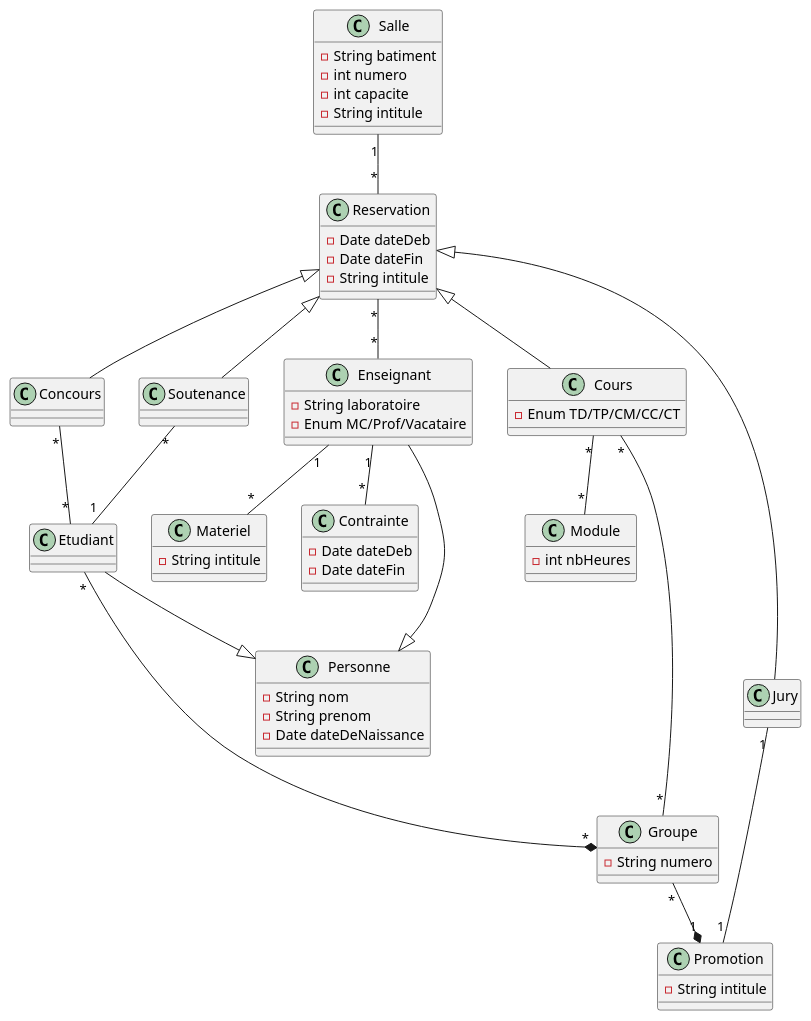
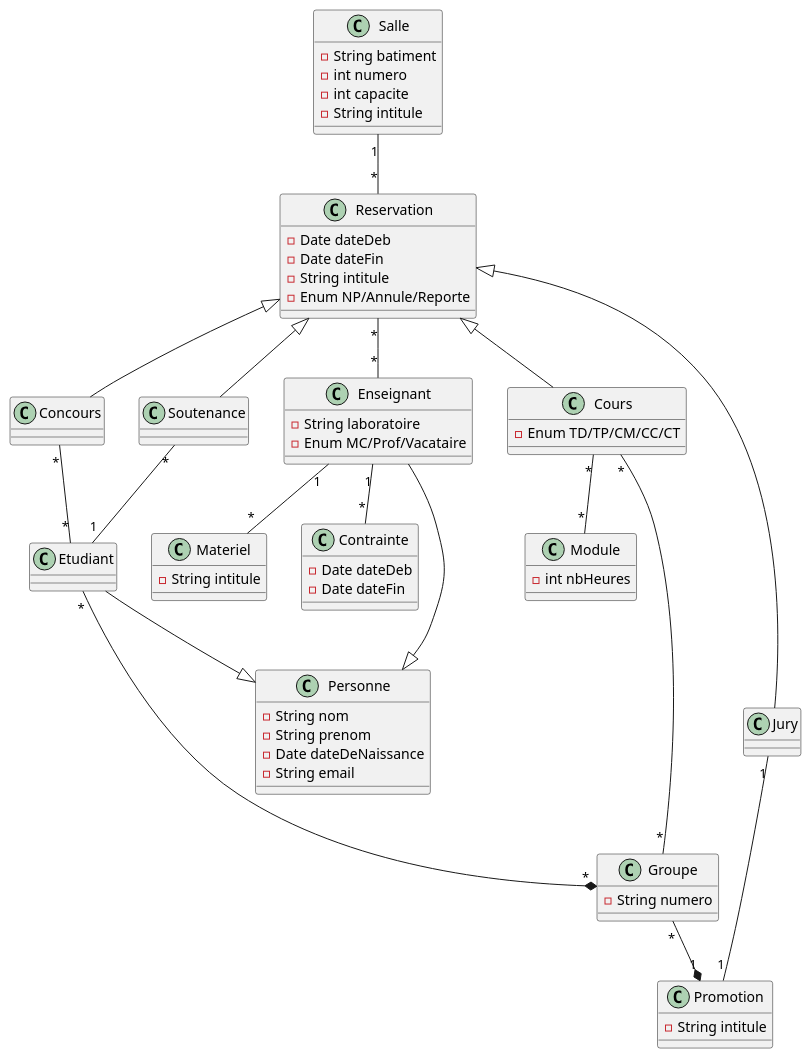
One commit to El-Sashok/UltraPlanning changed the diagram in ClassDiagram.iuml. Above: the diagram before and after it, drawn with PlantUML.

Commit message:
adds fields to Personne, Reservation

```diff
--- a/ClassDiagram.iuml
+++ b/ClassDiagram.iuml
@@ -1,92 +1,94 @@
 @startuml
 
 class Salle {
     -String batiment
     -int numero
     -int capacite
     -String intitule
 }
 
 class Cours {
     -Enum TD/TP/CM/CC/CT
 }
 
 class Personne {
     -String nom
     -String prenom
     -Date dateDeNaissance
+    -String email
 }
 
 class Promotion {
     -String intitule
 }
 
 class Module {
     -int nbHeures
 }
 
 class Materiel {
     -String intitule
 }
 
 class Contrainte {
     -Date dateDeb
     -Date dateFin
 }
 
 class Groupe {
     -String numero
 }
 
 class Etudiant
 
 class Enseignant {
     -String laboratoire
     -Enum MC/Prof/Vacataire
 }
 
 class Reservation {
     -Date dateDeb
     -Date dateFin
     -String intitule
+    -Enum NP/Annule/Reporte
 }
 
 class Jury
 
 class Concours 
 
 Salle "1" -- "*" Reservation
 
 Etudiant "*" --* "*" Groupe
 
 Groupe "*" --* "1" Promotion 
 
 Cours "*" ---- "*" Groupe
 
 Cours "*" -- "*" Module
 
 Enseignant "1" -- "*" Materiel
 
 Enseignant "1" -- "*" Contrainte
 
 Cours -up-|> Reservation
 
 Soutenance -up-|> Reservation
 
 Jury -up-|> Reservation
 
 Concours -up-|> Reservation
 
 Etudiant --|> Personne
 
 Enseignant --|> Personne
 
 Concours "*" -- "*" Etudiant
 
 Reservation "*" -- "*" Enseignant
 
 Jury "1" -- "1" Promotion
 
 Soutenance "*" -- "1" Etudiant
 
 @enduml
```
